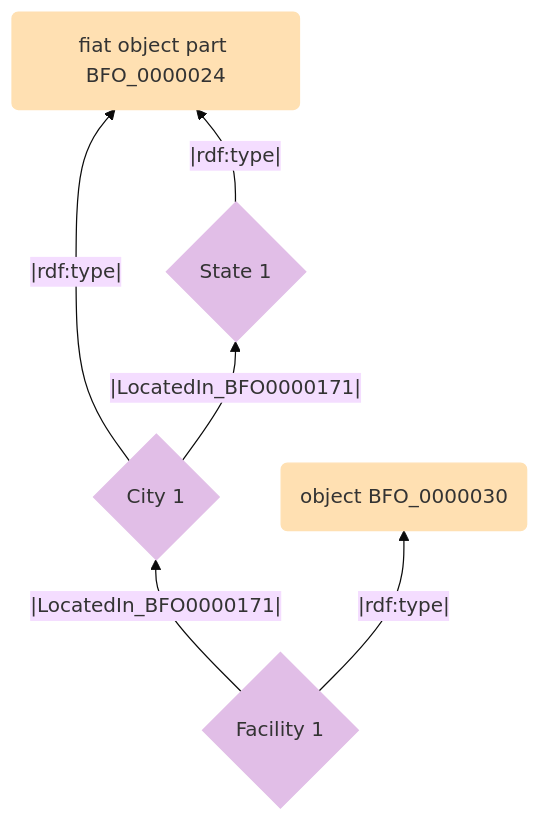
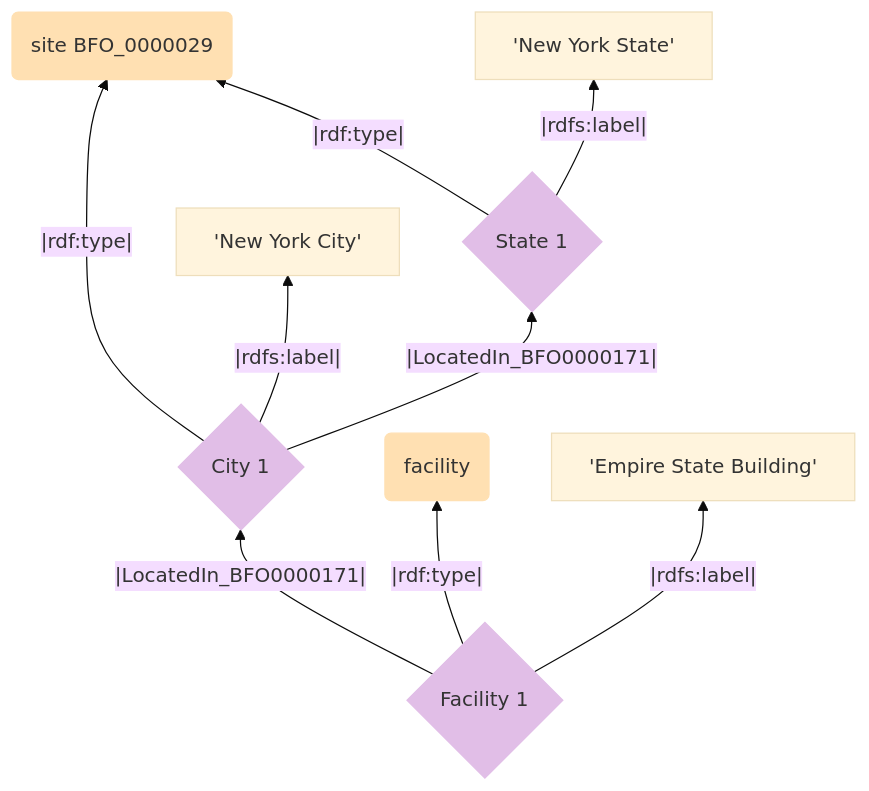
The diagram in design-patterns/101/space/FacilityLocationCode.mmd (giacomodecolle/CCO-design-patterns), drawn with Mermaid (base theme) before and after one commit.

```diff
--- a/design-patterns/101/space/FacilityLocationCode.mmd
+++ b/design-patterns/101/space/FacilityLocationCode.mmd
@@ -1,12 +1,15 @@
 flowchart BT
-    A{"Facility 1"} -- |LocatedIn_BFO0000171| --> B{"City 1"}
+   A{"Facility 1"} -- |LocatedIn_BFO0000171| --> B{"City 1"}
     B -- |LocatedIn_BFO0000171| --> C{"State 1"}
-    A -- |rdf:type| --> D("object BFO_0000030")
-    B -- |rdf:type| --> E("fiat object part BFO_0000024")
+    A -- |rdf:type| --> D("facility")
+    B -- |rdf:type| --> E("site BFO_0000029")
     C -- |rdf:type| --> E
+    A -- |rdfs:label| --> F['Empire State Building']
+    B -- |rdfs:label| --> G['New York City']
+    C -- |rdfs:label| --> H['New York State']
 
     style A fill:#E1BEE7,stroke:#E1BEE7
     style B fill:#E1BEE7,stroke:#E1BEE7
     style C stroke:#E1BEE7,fill:#E1BEE7
     style D stroke:#FFE0B2,fill:#FFE0B2
     style E stroke:#FFE0B2,fill:#FFE0B2
```
